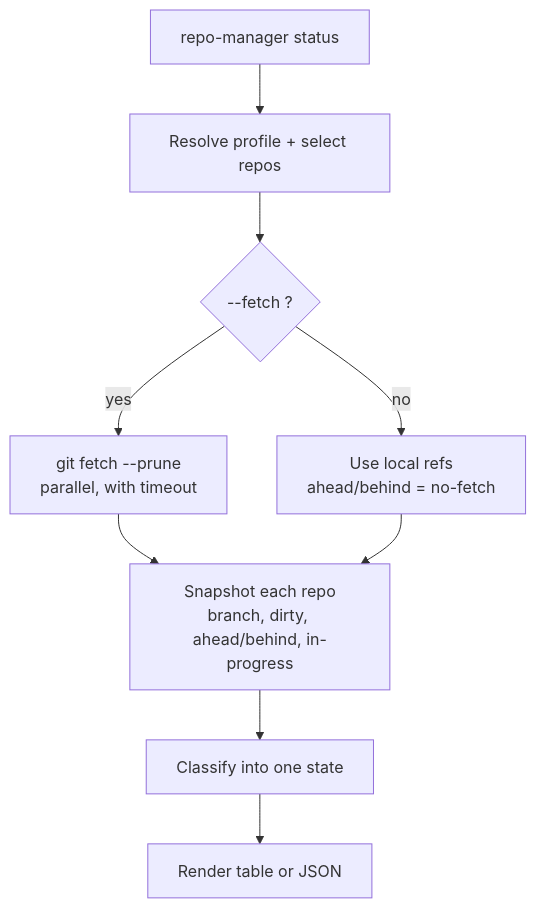
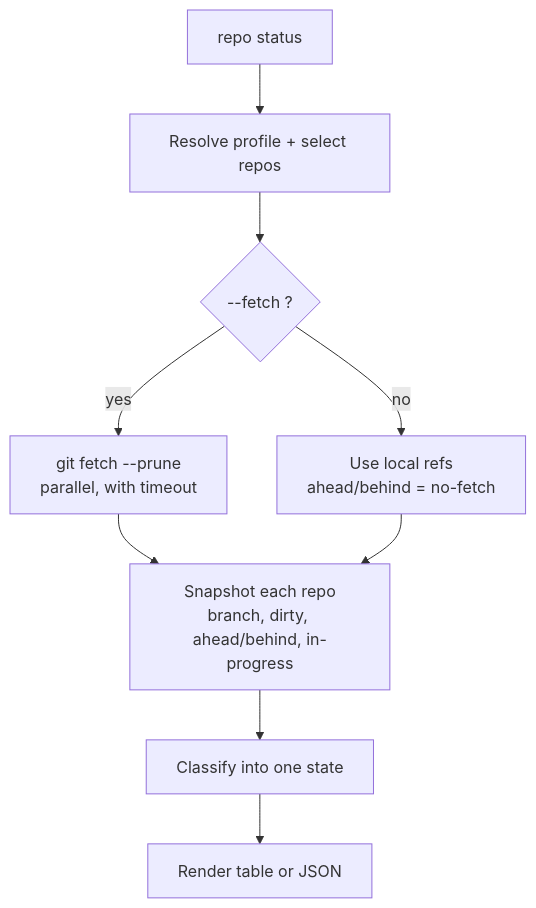
The diagram in docs/reference/status.md (thetechdabbler/repo-manager), drawn with Mermaid before and after one commit. The commit also changed other lines of this file and 44 other files, not shown here.

First line of the commit message:
feat: add project-first repo CLI

````diff
--- a/docs/reference/status.md
+++ b/docs/reference/status.md
@@ -18,11 +20,11 @@
 ```mermaid
 flowchart TD
-  A["repo-manager status"] --> B["Resolve profile + select repos"]
+  A["repo <project> status"] --> B["Resolve profile + select repos"]
   B --> C{"--fetch ?"}
   C -- "yes" --> D["git fetch --prune<br/>parallel, with timeout"]
   C -- "no" --> E["Use local refs<br/>ahead/behind = no-fetch"]
   D --> F["Snapshot each repo<br/>branch, dirty, ahead/behind, in-progress"]
   E --> F
   F --> G["Classify into one state"]
   G --> H["Render table or JSON"]
 ```
````
